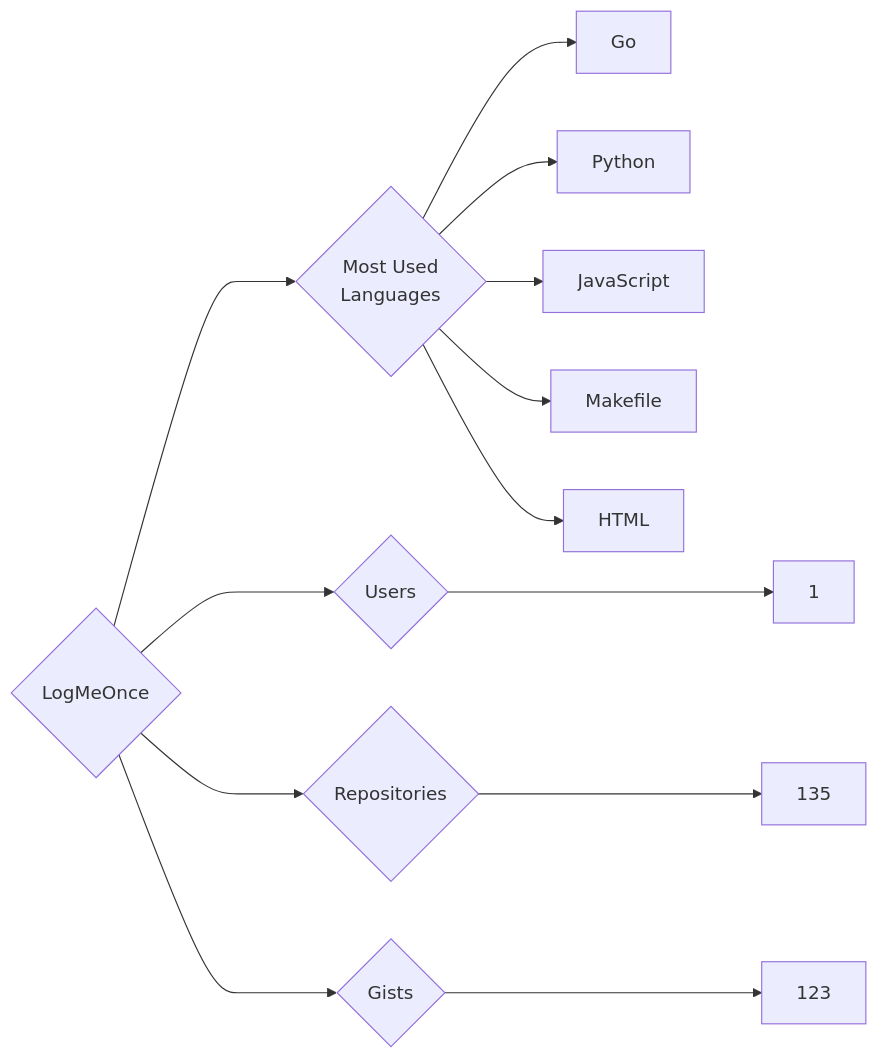
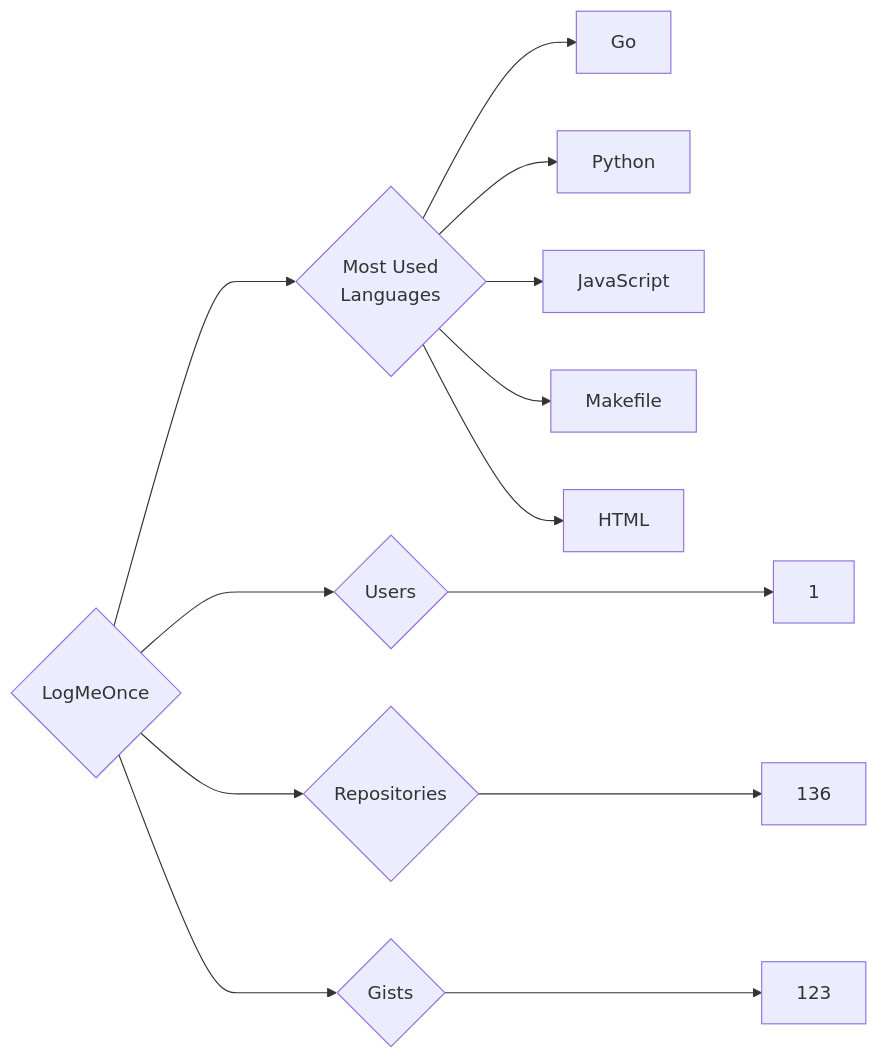
One commit to trickest/insiders changed the diagram in targets/LogMeOnce/README.md. Above: the diagram before and after it, drawn with Mermaid. The commit also changed 723 other files, not shown here.

````diff
--- a/targets/LogMeOnce/README.md
+++ b/targets/LogMeOnce/README.md
@@ -3,13 +3,13 @@
 ```mermaid
 graph LR
 COMPANY_NAME{LogMeOnce}
 COMPANY_NAME ---> U{Users} ---> UN[1]
-COMPANY_NAME ---> R{Repositories} ---> RN[135]
+COMPANY_NAME ---> R{Repositories} ---> RN[136]
 COMPANY_NAME ---> G{Gists} ---> GN[123]
 COMPANY_NAME ---> ML{Most Used<br>Languages}
 ML --> Go[Go]
 ML --> Python[Python]
 ML --> JavaScript[JavaScript]
 ML --> Makefile[Makefile]
 ML --> HTML[HTML]
 ```
````
